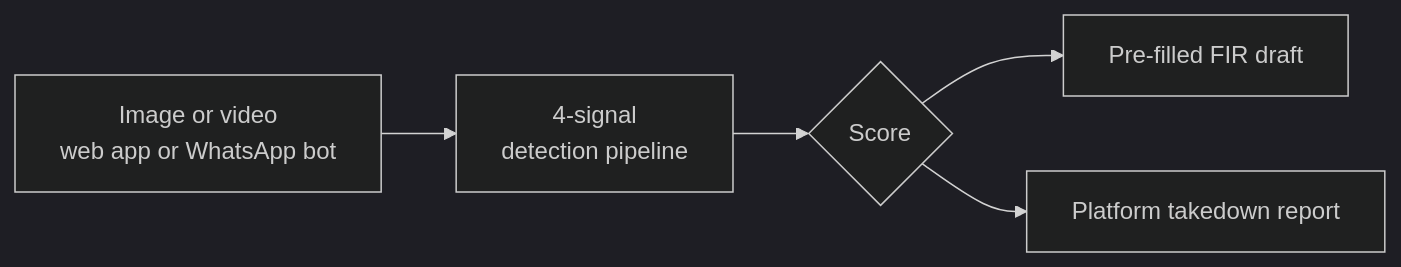
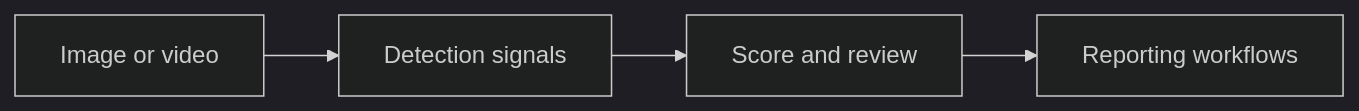
Before and after one commit to DharmiSapariya/DharmiSapariya: the second of 2 diagrams in README.md, drawn with Mermaid (dark theme). The commit also changed other lines of this file and 4 other files, not shown here.

````diff
--- a/README.md
+++ b/README.md
@@ -126,7 +56,6 @@
 ```mermaid
 flowchart LR
-    A["Image or video<br/>web app or WhatsApp bot"] --> B["4-signal<br/>detection pipeline"]
-    B --> C{"Score"}
-    C --> D["Pre-filled FIR draft"]
-    C --> E["Platform takedown report"]
+    A["Image or video"] --> B["Detection signals"]
+    B --> C["Score and review"]
+    C --> D["Reporting workflows"]
 ```
````
